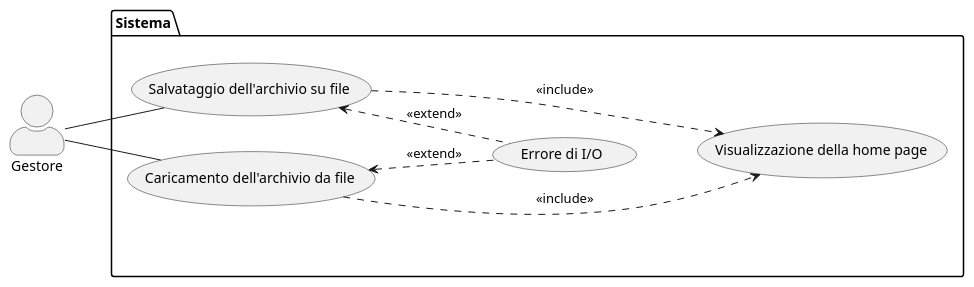
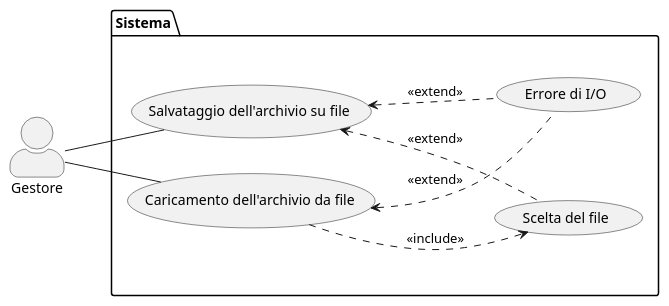
The diagram in docs/uml/usecasesIO.puml (Meziu/easylibrary), drawn with PlantUML before and after one commit. The commit also changed 3 other files, not shown here.

Commit message:
Modifica diagrammi casi d'uso

```diff
--- a/docs/uml/usecasesIO.puml
+++ b/docs/uml/usecasesIO.puml
@@ -1,25 +1,25 @@
 @startuml
 skinparam actorStyle awesome
 
 left to right direction
 
 actor Gestore as G
 
 package Sistema {
-    usecase "Visualizzazione della home page" as UC1
     usecase "Salvataggio dell'archivio su file" as UC15
     usecase "Caricamento dell'archivio da file" as UC16
+    usecase "Scelta del file" as UCA6 
 
     usecase "Errore di I/O" as UCA5
 }
 
-UC15 ...> UC1 : <<include>>
-UC16 ...> UC1 : <<include>>
 
 UC15 <.. UCA5 : <<extend>>
 UC16 <.. UCA5 : <<extend>>
+UC15 <.. UCA6 : <<extend>>
+UC16 ..> UCA6 : <<include>>
 
 G -- UC15
 G -- UC16
 
 @enduml
```
